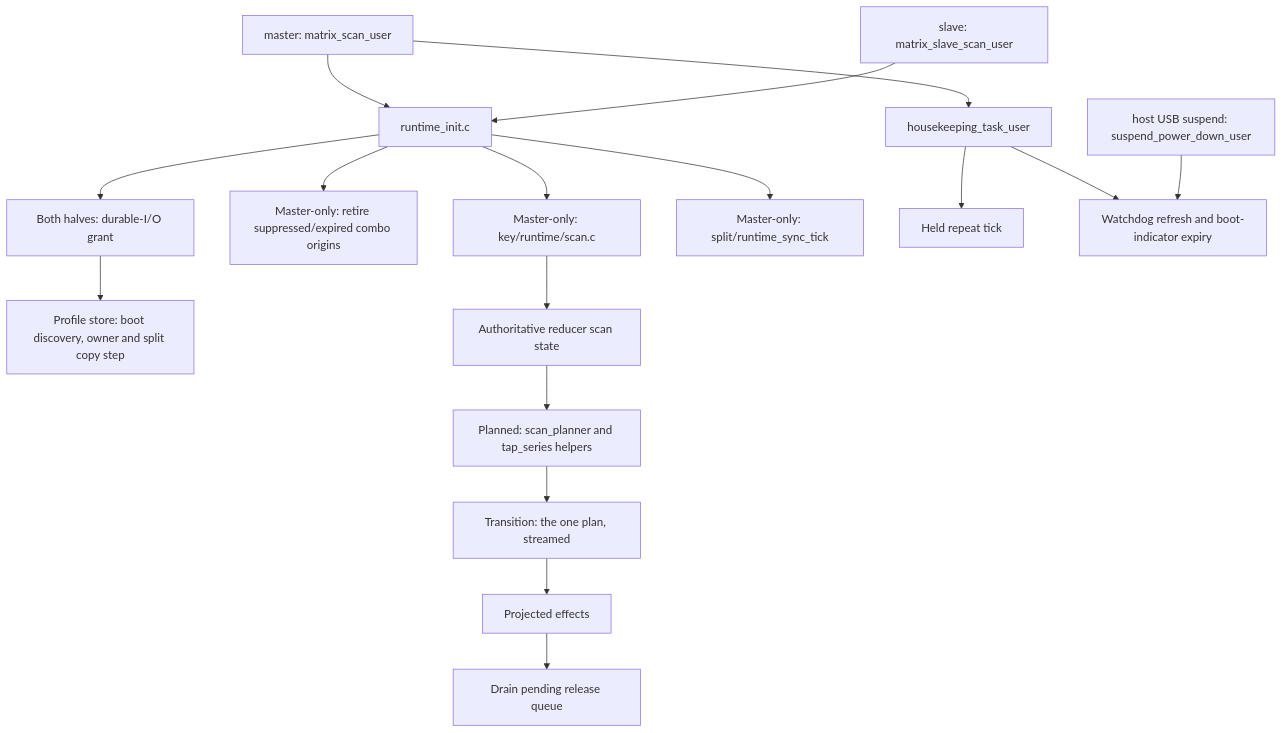
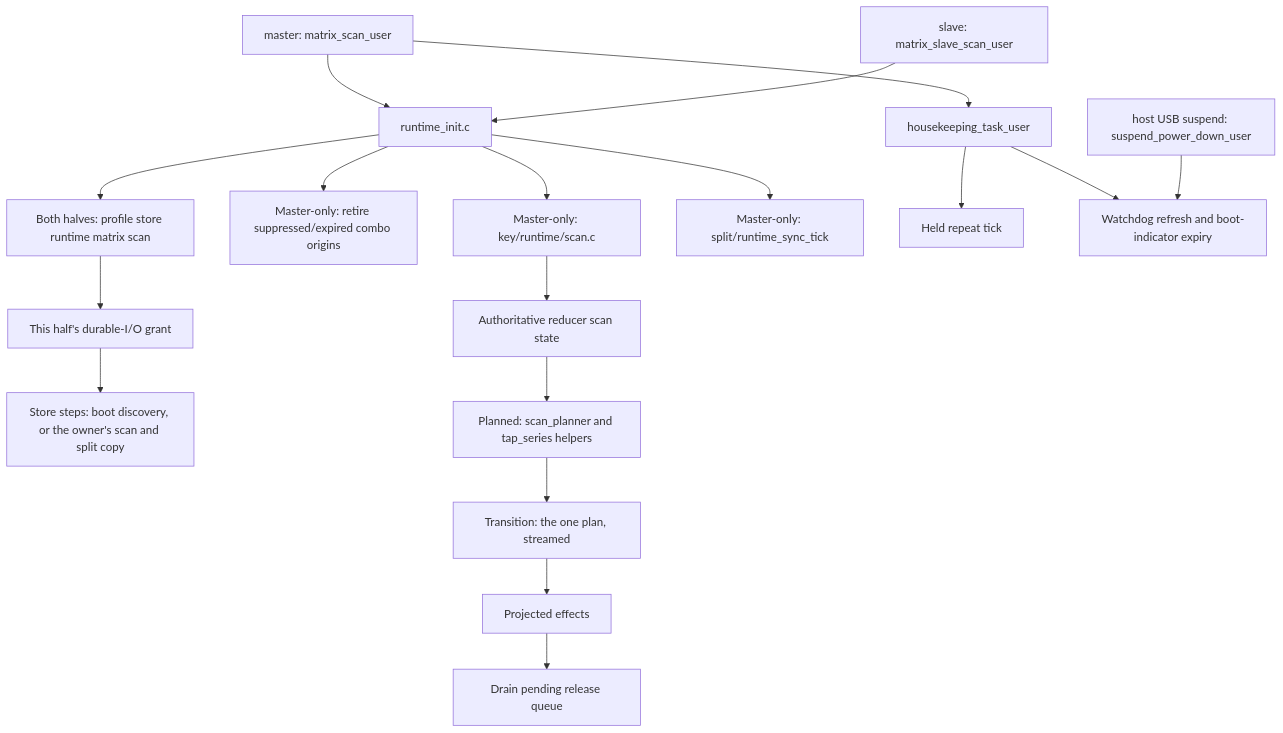
Before and after one commit to NoahCLR/charybdis-4x6: the fourth of 12 diagrams in docs/architecture/runtime-flow.md, drawn with Mermaid. The commit also changed other lines of this file and 27 other files, not shown here.

First line of the commit message:
The flash grant is one module, and the owner tests run through it

````diff
--- a/docs/architecture/runtime-flow.md
+++ b/docs/architecture/runtime-flow.md
@@ -166,19 +167,20 @@
 ```mermaid
 flowchart TD
     master_scan["master: matrix_scan_user"] --> init["runtime_init.c"]
     slave_scan["slave: matrix_slave_scan_user"] --> init
-    init --> durable["Both halves: durable-I/O grant"]
-    durable --> discovery["Profile store: boot discovery, owner and split copy step"]
+    init --> store_scan["Both halves: profile store runtime matrix scan"]
+    store_scan --> durable["This half's durable-I/O grant"]
+    durable --> discovery["Store steps: boot discovery, or the owner's scan and split copy"]
     init --> combo["Master-only: retire suppressed/expired combo origins"]
     init --> key_scan["Master-only: key/runtime/scan.c"]
     key_scan --> reducer_scan["Authoritative reducer scan state"]
     reducer_scan --> scan_plan["Planned: scan_planner and tap_series helpers"]
     scan_plan --> transition["Transition: the one plan, streamed"]
     transition --> projection["Projected effects"]
     projection --> pending["Drain pending release queue"]
     init --> split["Master-only: split/runtime_sync_tick"]
     master_scan --> housekeeping["housekeeping_task_user"]
     housekeeping --> repeat["Held repeat tick"]
     housekeeping --> diag["Watchdog refresh and boot-indicator expiry"]
     usb_suspend["host USB suspend: suspend_power_down_user"] --> diag
 ```
````
